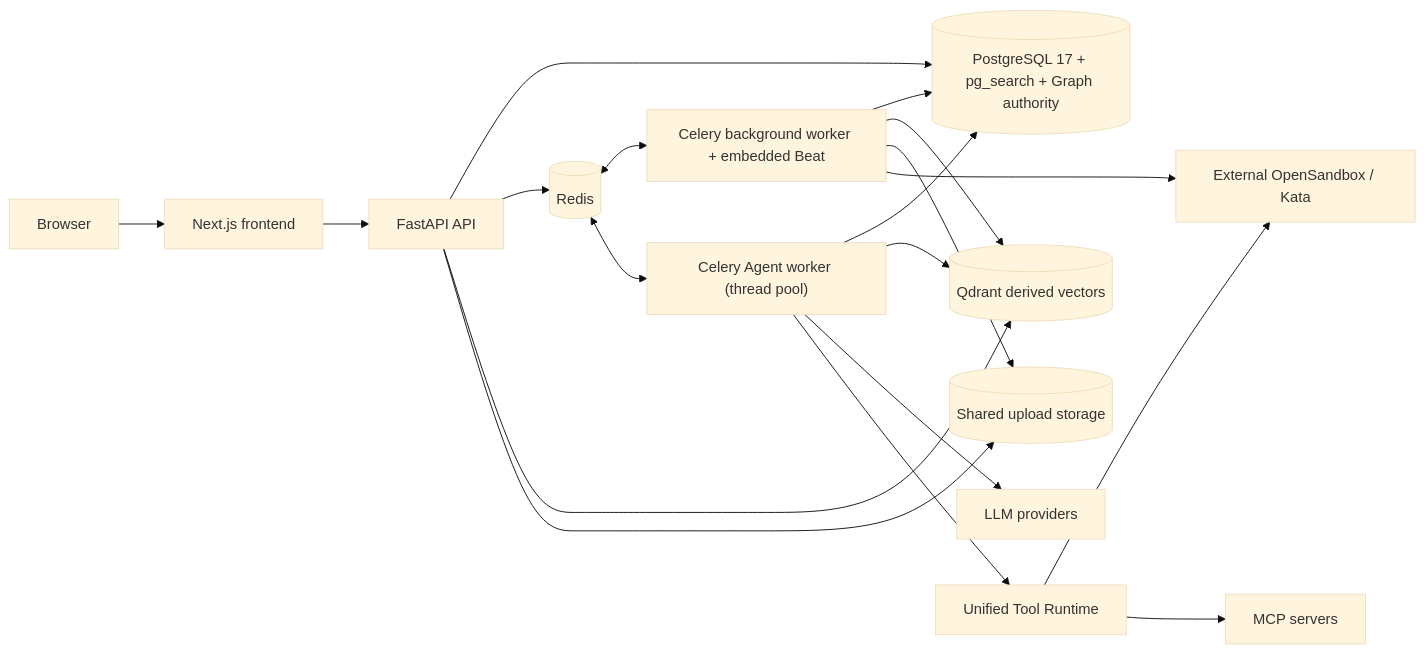
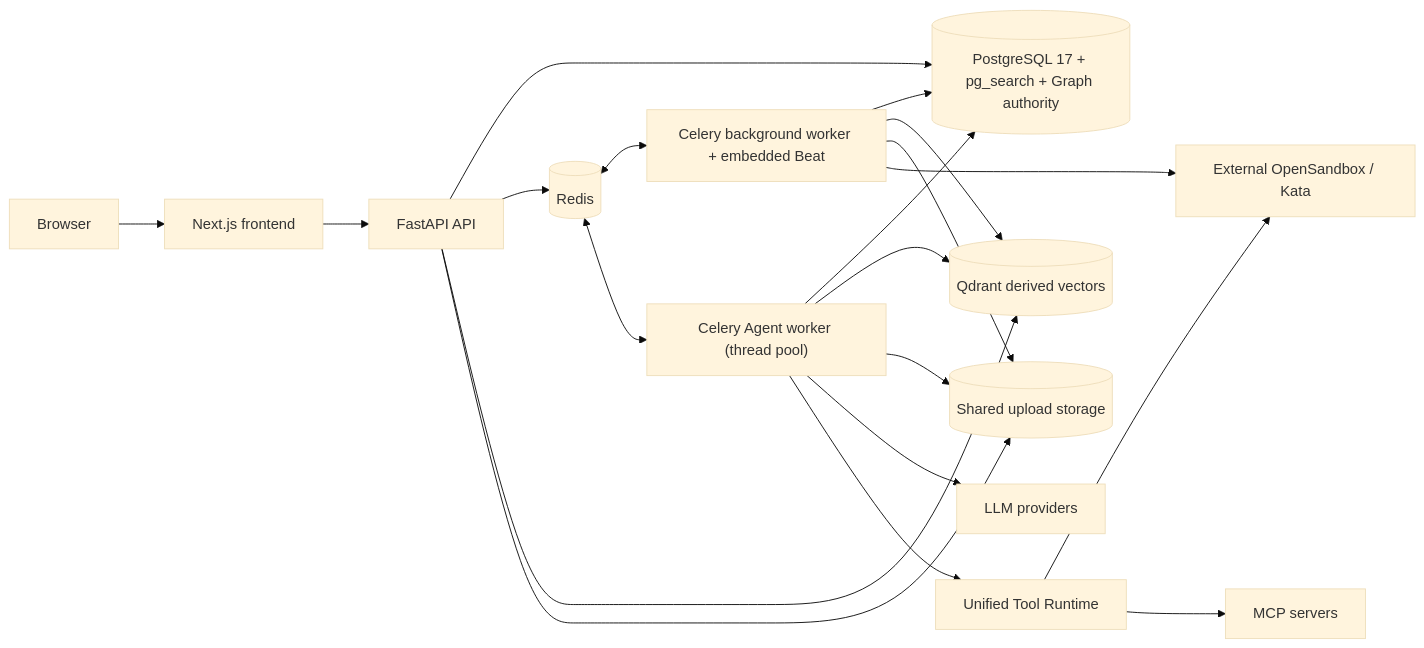
One commit to IQZZ020501/NexaFlow changed the diagram in README.md. Above: the diagram before and after it, drawn with Mermaid (base theme). The commit also changed other lines of this file and 7 other files, not shown here.

````diff
--- a/README.md
+++ b/README.md
@@ -63,21 +46,22 @@
 ```mermaid
 flowchart LR
     Browser[Browser] --> Web[Next.js frontend]
     Web --> API[FastAPI API]
     API --> DB[("PostgreSQL 17 + pg_search + Graph authority")]
     API --> Redis[(Redis)]
     API --> Qdrant[("Qdrant derived vectors")]
     API --> Storage[("Shared upload storage")]
     Redis <--> Worker["Celery background worker + embedded Beat"]
     Redis <--> AgentWorker["Celery Agent worker (thread pool)"]
     Worker --> DB
     Worker --> Qdrant
-    Worker --> Storage[(Shared upload storage)]
+    Worker --> Storage
     Worker --> Sandbox[External OpenSandbox / Kata]
     AgentWorker --> DB
     AgentWorker --> Qdrant
+    AgentWorker --> Storage
     AgentWorker --> Models[LLM providers]
     AgentWorker --> ToolRuntime[Unified Tool Runtime]
     ToolRuntime --> Sandbox
     ToolRuntime --> MCP[MCP servers]
 ```
````
